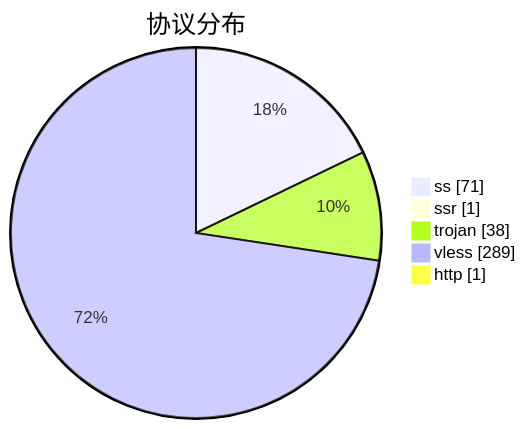
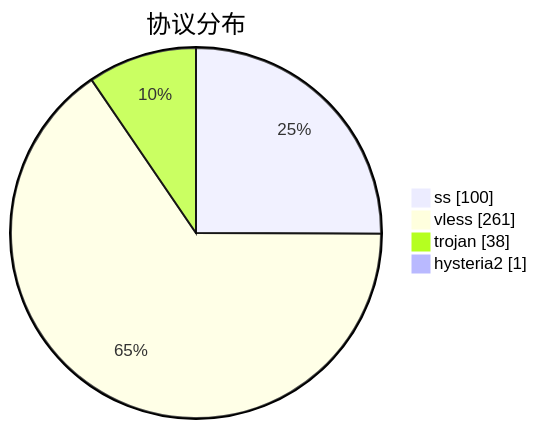
One commit to qjlxg/airport changed the third of 3 diagrams in subs/statistics/tested_within.md. Above: the diagram before and after it, drawn with Mermaid. The commit also changed other lines of this file and 2 other files, not shown here.

````diff
--- a/subs/statistics/tested_within.md
+++ b/subs/statistics/tested_within.md
@@ -20,9 +19,8 @@
 ```mermaid
 pie showData
 title 协议分布
-"ss" : 71
-"ssr" : 1
+"ss" : 100
+"vless" : 261
 "trojan" : 38
-"vless" : 289
-"http" : 1
+"hysteria2" : 1
 ```
````
